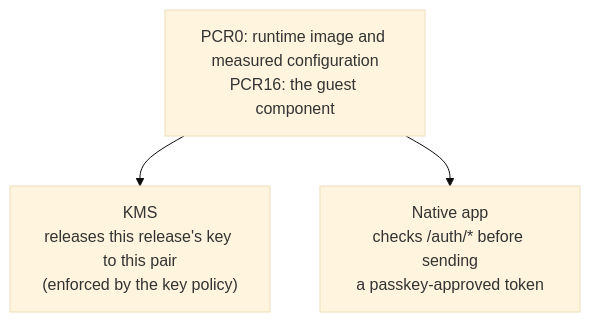
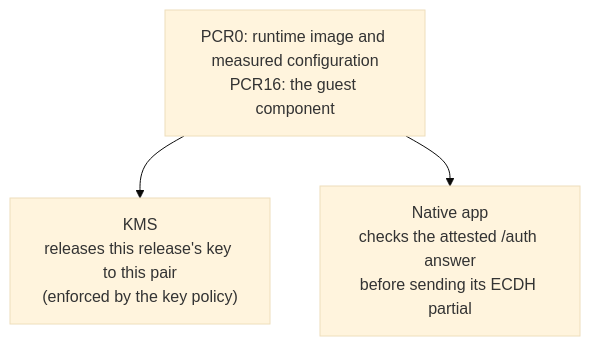
One commit to vtxos/runtime changed the first of 3 diagrams in README.md. Above: the diagram before and after it, drawn with Mermaid (base theme). The commit also changed other lines of this file and 76 other files, not shown here.

````diff
--- a/README.md
+++ b/README.md
@@ -87,6 +87,6 @@
 ```mermaid
 flowchart TB
     M["PCR0: runtime image and measured configuration<br/>PCR16: the guest component"]
     M --> K["KMS<br/>releases this release's key to this pair<br/>(enforced by the key policy)"]
-    M --> C["Native app<br/>checks /auth/* before sending<br/>a passkey-approved token"]
+    M --> C["Native app<br/>checks the attested /auth answer<br/>before sending its ECDH partial"]
 ```
````
